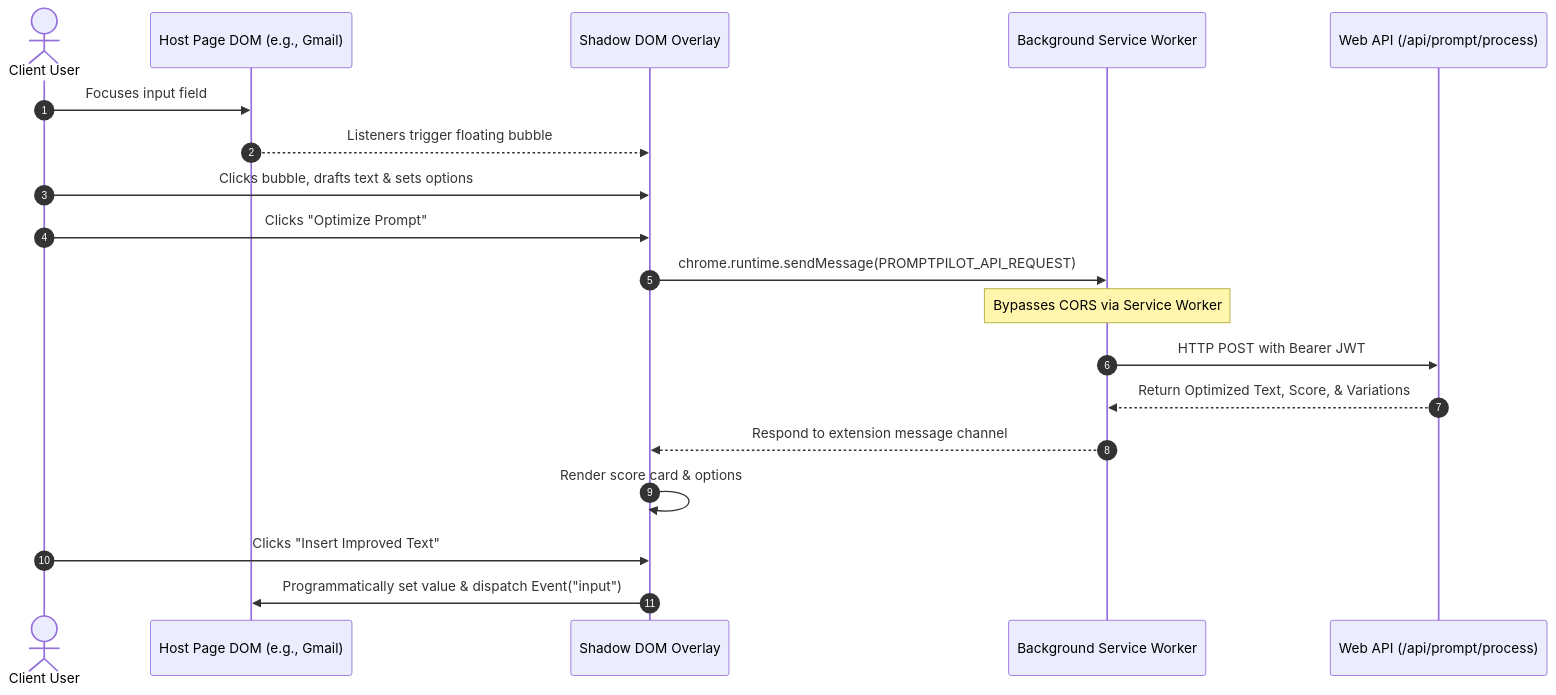
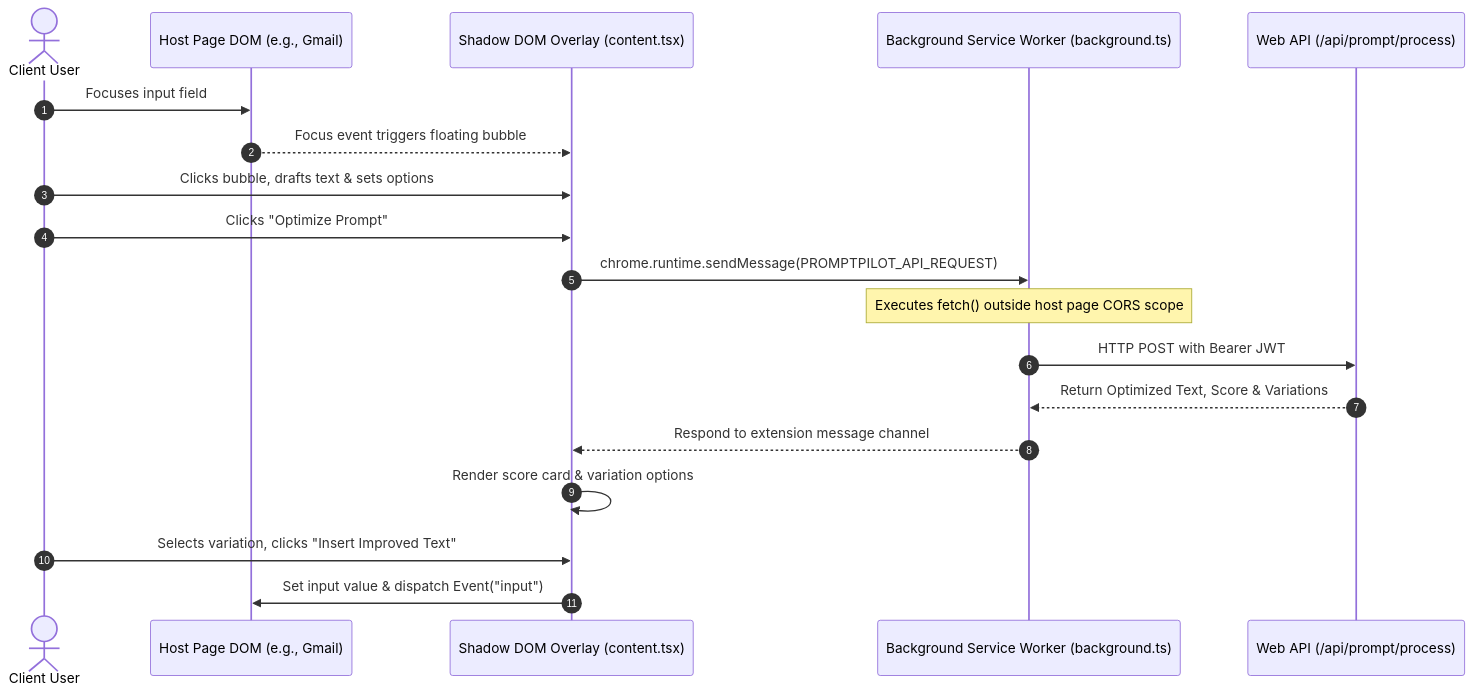
One commit to BvdMurali/Prompt-Pilot changed the diagram in extension/README.md. Above: the diagram before and after it, drawn with Mermaid. The commit also changed other lines of this file and 2 other files, not shown here.

````diff
--- a/extension/README.md
+++ b/extension/README.md
@@ -78,22 +212,22 @@
 ```mermaid
 sequenceDiagram
     autonumber
     actor User as Client User
     participant Host as Host Page DOM (e.g., Gmail)
-    participant Shadow as Shadow DOM Overlay
-    participant BG as Background Service Worker
+    participant Shadow as Shadow DOM Overlay (content.tsx)
+    participant BG as Background Service Worker (background.ts)
     participant API as Web API (/api/prompt/process)
 
     User->>Host: Focuses input field
-    Host-->>Shadow: Listeners trigger floating bubble
+    Host-->>Shadow: Focus event triggers floating bubble
     User->>Shadow: Clicks bubble, drafts text & sets options
     User->>Shadow: Clicks "Optimize Prompt"
     Shadow->>BG: chrome.runtime.sendMessage(PROMPTPILOT_API_REQUEST)
-    Note over BG: Bypasses CORS via Service Worker
+    Note over BG: Executes fetch() outside host page CORS scope
     BG->>API: HTTP POST with Bearer JWT
-    API-->>BG: Return Optimized Text, Score, & Variations
+    API-->>BG: Return Optimized Text, Score & Variations
     BG-->>Shadow: Respond to extension message channel
-    Shadow->>Shadow: Render score card & options
-    User->>Shadow: Clicks "Insert Improved Text"
-    Shadow->>Host: Programmatically set value & dispatch Event("input")
+    Shadow->>Shadow: Render score card & variation options
+    User->>Shadow: Selects variation, clicks "Insert Improved Text"
+    Shadow->>Host: Set input value & dispatch Event("input")
 ```
````
